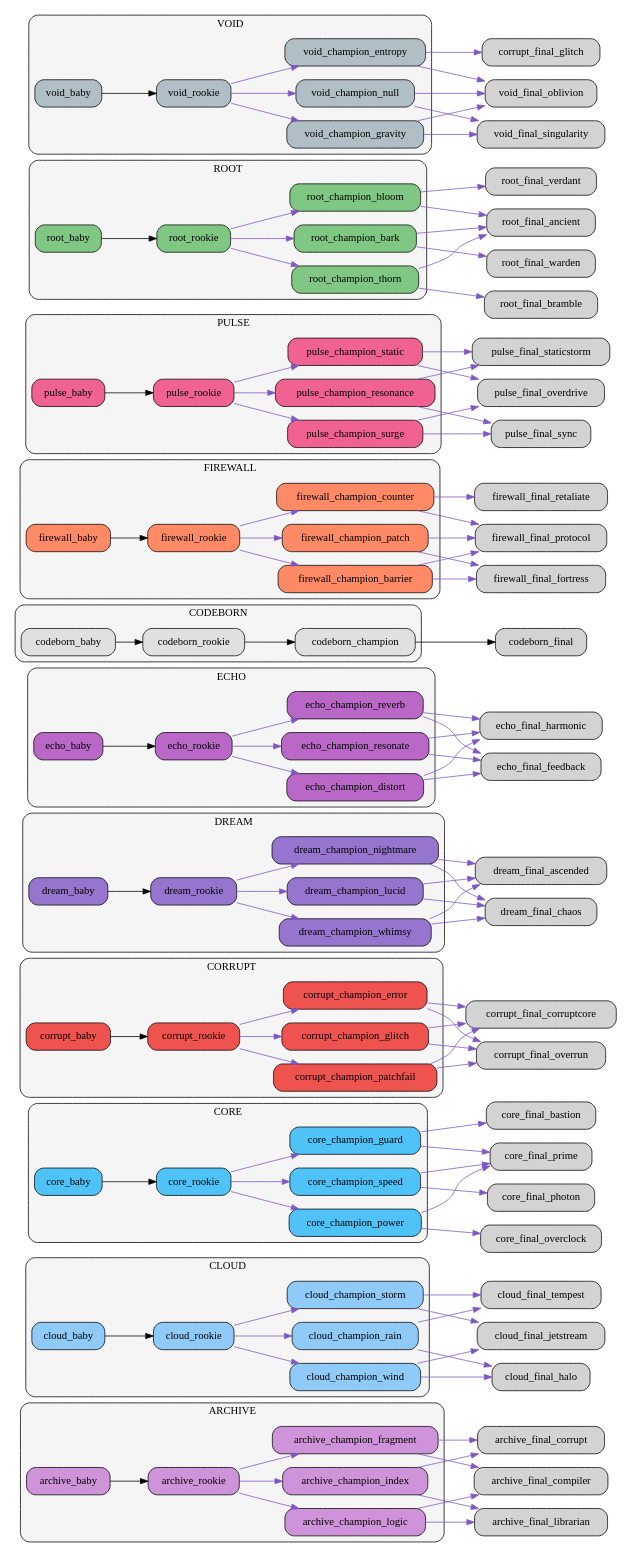
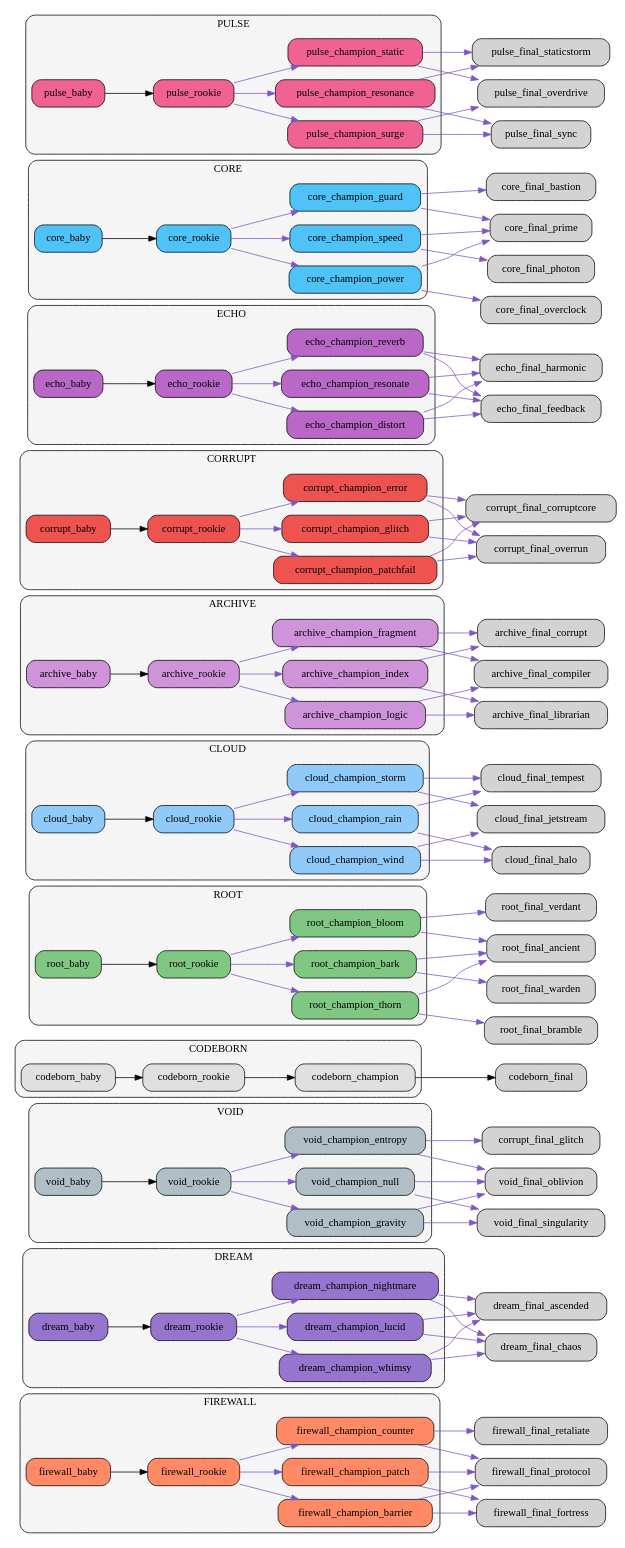
Before and after one commit to bwlight/NetGrid: the diagram in src/netgrid/core/systems/evolution/graphs/clusters/evolution_clusters.dot, drawn with Graphviz. The commit also changed other lines of this file and 30 other files, not shown here.

Commit message:
Auto-update evolution graphs

```diff
--- a/src/netgrid/core/systems/evolution/graphs/clusters/evolution_clusters.dot
+++ b/src/netgrid/core/systems/evolution/graphs/clusters/evolution_clusters.dot
@@ -1,14 +1,48 @@
 digraph EvolutionTree {
   rankdir=LR;
   node [shape=box, style="rounded,filled"];
-  subgraph cluster_archive {
-    label="ARCHIVE";
+  subgraph cluster_firewall {
+    label="FIREWALL";
     style="rounded,filled"; fillcolor="#f5f5f5";
-    "archive_baby" [fillcolor="#ce93d8"];
-    "archive_rookie" [fillcolor="#ce93d8"];
-    "archive_champion_logic" [fillcolor="#ce93d8"];
-    "archive_champion_index" [fillcolor="#ce93d8"];
-    "archive_champion_fragment" [fillcolor="#ce93d8"];
+    "firewall_baby" [fillcolor="#ff8a65"];
+    "firewall_rookie" [fillcolor="#ff8a65"];
+    "firewall_champion_barrier" [fillcolor="#ff8a65"];
+    "firewall_champion_counter" [fillcolor="#ff8a65"];
+    "firewall_champion_patch" [fillcolor="#ff8a65"];
+  }
+  subgraph cluster_dream {
+    label="DREAM";
+    style="rounded,filled"; fillcolor="#f5f5f5";
+    "dream_baby" [fillcolor="#9575cd"];
+    "dream_rookie" [fillcolor="#9575cd"];
+    "dream_champion_lucid" [fillcolor="#9575cd"];
+    "dream_champion_nightmare" [fillcolor="#9575cd"];
+    "dream_champion_whimsy" [fillcolor="#9575cd"];
+  }
+  subgraph cluster_void {
+    label="VOID";
+    style="rounded,filled"; fillcolor="#f5f5f5";
+    "void_baby" [fillcolor="#b0bec5"];
+    "void_rookie" [fillcolor="#b0bec5"];
+    "void_champion_entropy" [fillcolor="#b0bec5"];
+    "void_champion_gravity" [fillcolor="#b0bec5"];
+    "void_champion_null" [fillcolor="#b0bec5"];
+  }
+  subgraph cluster_codeborn {
+    label="CODEBORN";
+    style="rounded,filled"; fillcolor="#f5f5f5";
+    "codeborn_baby" [fillcolor="#e0e0e0"];
+    "codeborn_rookie" [fillcolor="#e0e0e0"];
+    "codeborn_champion" [fillcolor="#e0e0e0"];
+  }
+  subgraph cluster_root {
+    label="ROOT";
+    style="rounded,filled"; fillcolor="#f5f5f5";
+    "root_baby" [fillcolor="#81c784"];
+    "root_rookie" [fillcolor="#81c784"];
+    "root_champion_thorn" [fillcolor="#81c784"];
+    "root_champion_bloom" [fillcolor="#81c784"];
+    "root_champion_bark" [fillcolor="#81c784"];
   }
   subgraph cluster_cloud {
     label="CLOUD";
@@ -19,14 +53,14 @@
     "cloud_champion_rain" [fillcolor="#90caf9"];
     "cloud_champion_storm" [fillcolor="#90caf9"];
   }
-  subgraph cluster_core {
-    label="CORE";
+  subgraph cluster_archive {
+    label="ARCHIVE";
     style="rounded,filled"; fillcolor="#f5f5f5";
-    "core_baby" [fillcolor="#4fc3f7"];
-    "core_rookie" [fillcolor="#4fc3f7"];
-    "core_champion_power" [fillcolor="#4fc3f7"];
-    "core_champion_guard" [fillcolor="#4fc3f7"];
-    "core_champion_speed" [fillcolor="#4fc3f7"];
+    "archive_baby" [fillcolor="#ce93d8"];
+    "archive_rookie" [fillcolor="#ce93d8"];
+    "archive_champion_logic" [fillcolor="#ce93d8"];
+    "archive_champion_index" [fillcolor="#ce93d8"];
+    "archive_champion_fragment" [fillcolor="#ce93d8"];
   }
   subgraph cluster_corrupt {
     label="CORRUPT";
@@ -37,15 +71,6 @@
     "corrupt_champion_error" [fillcolor="#ef5350"];
     "corrupt_champion_patchfail" [fillcolor="#ef5350"];
   }
-  subgraph cluster_dream {
-    label="DREAM";
-    style="rounded,filled"; fillcolor="#f5f5f5";
-    "dream_baby" [fillcolor="#9575cd"];
-    "dream_rookie" [fillcolor="#9575cd"];
-    "dream_champion_lucid" [fillcolor="#9575cd"];
-    "dream_champion_nightmare" [fillcolor="#9575cd"];
-    "dream_champion_whimsy" [fillcolor="#9575cd"];
-  }
   subgraph cluster_echo {
     label="ECHO";
     style="rounded,filled"; fillcolor="#f5f5f5";
@@ -55,21 +80,14 @@
     "echo_champion_reverb" [fillcolor="#ba68c8"];
     "echo_champion_distort" [fillcolor="#ba68c8"];
   }
-  subgraph cluster_codeborn {
-    label="CODEBORN";
+  subgraph cluster_core {
+    label="CORE";
     style="rounded,filled"; fillcolor="#f5f5f5";
-    "codeborn_baby" [fillcolor="#e0e0e0"];
-    "codeborn_rookie" [fillcolor="#e0e0e0"];
-    "codeborn_champion" [fillcolor="#e0e0e0"];
-  }
-  subgraph cluster_firewall {
-    label="FIREWALL";
-    style="rounded,filled"; fillcolor="#f5f5f5";
-    "firewall_baby" [fillcolor="#ff8a65"];
-    "firewall_rookie" [fillcolor="#ff8a65"];
-    "firewall_champion_barrier" [fillcolor="#ff8a65"];
-    "firewall_champion_counter" [fillcolor="#ff8a65"];
-    "firewall_champion_patch" [fillcolor="#ff8a65"];
+    "core_baby" [fillcolor="#4fc3f7"];
+    "core_rookie" [fillcolor="#4fc3f7"];
+    "core_champion_power" [fillcolor="#4fc3f7"];
+    "core_champion_guard" [fillcolor="#4fc3f7"];
+    "core_champion_speed" [fillcolor="#4fc3f7"];
   }
   subgraph cluster_pulse {
     label="PULSE";
@@ -80,24 +98,59 @@
     "pulse_champion_resonance" [fillcolor="#f06292"];
     "pulse_champion_static" [fillcolor="#f06292"];
   }
-  subgraph cluster_root {
-    label="ROOT";
-    style="rounded,filled"; fillcolor="#f5f5f5";
-    "root_baby" [fillcolor="#81c784"];
-    "root_rookie" [fillcolor="#81c784"];
-    "root_champion_thorn" [fillcolor="#81c784"];
-    "root_champion_bloom" [fillcolor="#81c784"];
-    "root_champion_bark" [fillcolor="#81c784"];
-  }
-  subgraph cluster_void {
-    label="VOID";
-    style="rounded,filled"; fillcolor="#f5f5f5";
-    "void_baby" [fillcolor="#b0bec5"];
-    "void_rookie" [fillcolor="#b0bec5"];
-    "void_champion_entropy" [fillcolor="#b0bec5"];
-    "void_champion_gravity" [fillcolor="#b0bec5"];
-    "void_champion_null" [fillcolor="#b0bec5"];
-  }
+  "firewall_baby" -> "firewall_rookie";
+  "firewall_rookie" -> "firewall_champion_barrier" [color="#7e57c2"];
+  "firewall_rookie" -> "firewall_champion_counter" [color="#7e57c2"];
+  "firewall_rookie" -> "firewall_champion_patch" [color="#7e57c2"];
+  "firewall_champion_barrier" -> "firewall_final_fortress" [color="#7e57c2"];
+  "firewall_champion_barrier" -> "firewall_final_protocol" [color="#7e57c2"];
+  "firewall_champion_counter" -> "firewall_final_retaliate" [color="#7e57c2"];
+  "firewall_champion_counter" -> "firewall_final_protocol" [color="#7e57c2"];
+  "firewall_champion_patch" -> "firewall_final_protocol" [color="#7e57c2"];
+  "firewall_champion_patch" -> "firewall_final_fortress" [color="#7e57c2"];
+  "dream_baby" -> "dream_rookie";
+  "dream_rookie" -> "dream_champion_lucid" [color="#7e57c2"];
+  "dream_rookie" -> "dream_champion_nightmare" [color="#7e57c2"];
+  "dream_rookie" -> "dream_champion_whimsy" [color="#7e57c2"];
+  "dream_champion_lucid" -> "dream_final_ascended" [color="#7e57c2"];
+  "dream_champion_lucid" -> "dream_final_chaos" [color="#7e57c2"];
+  "dream_champion_nightmare" -> "dream_final_chaos" [color="#7e57c2"];
+  "dream_champion_nightmare" -> "dream_final_ascended" [color="#7e57c2"];
+  "dream_champion_whimsy" -> "dream_final_ascended" [color="#7e57c2"];
+  "dream_champion_whimsy" -> "dream_final_chaos" [color="#7e57c2"];
+  "void_baby" -> "void_rookie";
+  "void_rookie" -> "void_champion_entropy" [color="#7e57c2"];
+  "void_rookie" -> "void_champion_gravity" [color="#7e57c2"];
+  "void_rookie" -> "void_champion_null" [color="#7e57c2"];
+  "void_champion_entropy" -> "corrupt_final_glitch" [color="#7e57c2"];
+  "void_champion_entropy" -> "void_final_oblivion" [color="#7e57c2"];
+  "void_champion_gravity" -> "void_final_singularity" [color="#7e57c2"];
+  "void_champion_gravity" -> "void_final_oblivion" [color="#7e57c2"];
+  "void_champion_null" -> "void_final_oblivion" [color="#7e57c2"];
+  "void_champion_null" -> "void_final_singularity" [color="#7e57c2"];
+  "codeborn_baby" -> "codeborn_rookie";
+  "codeborn_rookie" -> "codeborn_champion";
+  "codeborn_champion" -> "codeborn_final";
+  "root_baby" -> "root_rookie";
+  "root_rookie" -> "root_champion_thorn" [color="#7e57c2"];
+  "root_rookie" -> "root_champion_bloom" [color="#7e57c2"];
+  "root_rookie" -> "root_champion_bark" [color="#7e57c2"];
+  "root_champion_thorn" -> "root_final_bramble" [color="#7e57c2"];
+  "root_champion_thorn" -> "root_final_ancient" [color="#7e57c2"];
+  "root_champion_bloom" -> "root_final_ancient" [color="#7e57c2"];
+  "root_champion_bloom" -> "root_final_verdant" [color="#7e57c2"];
+  "root_champion_bark" -> "root_final_warden" [color="#7e57c2"];
+  "root_champion_bark" -> "root_final_ancient" [color="#7e57c2"];
+  "cloud_baby" -> "cloud_rookie";
+  "cloud_rookie" -> "cloud_champion_wind" [color="#7e57c2"];
+  "cloud_rookie" -> "cloud_champion_rain" [color="#7e57c2"];
+  "cloud_rookie" -> "cloud_champion_storm" [color="#7e57c2"];
+  "cloud_champion_wind" -> "cloud_final_jetstream" [color="#7e57c2"];
+  "cloud_champion_wind" -> "cloud_final_halo" [color="#7e57c2"];
+  "cloud_champion_rain" -> "cloud_final_halo" [color="#7e57c2"];
+  "cloud_champion_rain" -> "cloud_final_tempest" [color="#7e57c2"];
+  "cloud_champion_storm" -> "cloud_final_tempest" [color="#7e57c2"];
+  "cloud_champion_storm" -> "cloud_final_jetstream" [color="#7e57c2"];
   "archive_baby" -> "archive_rookie";
   "archive_rookie" -> "archive_champion_logic" [color="#7e57c2"];
   "archive_rookie" -> "archive_champion_index" [color="#7e57c2"];
@@ -108,16 +161,26 @@
   "archive_champion_index" -> "archive_final_corrupt" [color="#7e57c2"];
   "archive_champion_fragment" -> "archive_final_corrupt" [color="#7e57c2"];
   "archive_champion_fragment" -> "archive_final_compiler" [color="#7e57c2"];
-  "cloud_baby" -> "cloud_rookie";
-  "cloud_rookie" -> "cloud_champion_wind" [color="#7e57c2"];
-  "cloud_rookie" -> "cloud_champion_rain" [color="#7e57c2"];
-  "cloud_rookie" -> "cloud_champion_storm" [color="#7e57c2"];
-  "cloud_champion_wind" -> "cloud_final_jetstream" [color="#7e57c2"];
-  "cloud_champion_wind" -> "cloud_final_halo" [color="#7e57c2"];
-  "cloud_champion_rain" -> "cloud_final_halo" [color="#7e57c2"];
-  "cloud_champion_rain" -> "cloud_final_tempest" [color="#7e57c2"];
-  "cloud_champion_storm" -> "cloud_final_tempest" [color="#7e57c2"];
-  "cloud_champion_storm" -> "cloud_final_jetstream" [color="#7e57c2"];
+  "corrupt_baby" -> "corrupt_rookie";
+  "corrupt_rookie" -> "corrupt_champion_glitch" [color="#7e57c2"];
+  "corrupt_rookie" -> "corrupt_champion_error" [color="#7e57c2"];
+  "corrupt_rookie" -> "corrupt_champion_patchfail" [color="#7e57c2"];
+  "corrupt_champion_glitch" -> "corrupt_final_corruptcore" [color="#7e57c2"];
+  "corrupt_champion_glitch" -> "corrupt_final_overrun" [color="#7e57c2"];
+  "corrupt_champion_error" -> "corrupt_final_overrun" [color="#7e57c2"];
+  "corrupt_champion_error" -> "corrupt_final_corruptcore" [color="#7e57c2"];
+  "corrupt_champion_patchfail" -> "corrupt_final_corruptcore" [color="#7e57c2"];
+  "corrupt_champion_patchfail" -> "corrupt_final_overrun" [color="#7e57c2"];
+  "echo_baby" -> "echo_rookie";
+  "echo_rookie" -> "echo_champion_resonate" [color="#7e57c2"];
+  "echo_rookie" -> "echo_champion_reverb" [color="#7e57c2"];
+  "echo_rookie" -> "echo_champion_distort" [color="#7e57c2"];
+  "echo_champion_resonate" -> "echo_final_harmonic" [color="#7e57c2"];
+  "echo_champion_resonate" -> "echo_final_feedback" [color="#7e57c2"];
+  "echo_champion_reverb" -> "echo_final_feedback" [color="#7e57c2"];
+  "echo_champion_reverb" -> "echo_final_harmonic" [color="#7e57c2"];
+  "echo_champion_distort" -> "echo_final_feedback" [color="#7e57c2"];
+  "echo_champion_distort" -> "echo_final_harmonic" [color="#7e57c2"];
   "core_baby" -> "core_rookie";
   "core_rookie" -> "core_champion_power" [color="#7e57c2"];
   "core_rookie" -> "core_champion_guard" [color="#7e57c2"];
@@ -128,49 +191,6 @@
   "core_champion_guard" -> "core_final_prime" [color="#7e57c2"];
   "core_champion_speed" -> "core_final_photon" [color="#7e57c2"];
   "core_champion_speed" -> "core_final_prime" [color="#7e57c2"];
-  "corrupt_baby" -> "corrupt_rookie";
-  "corrupt_rookie" -> "corrupt_champion_glitch" [color="#7e57c2"];
-  "corrupt_rookie" -> "corrupt_champion_error" [color="#7e57c2"];
-  "corrupt_rookie" -> "corrupt_champion_patchfail" [color="#7e57c2"];
-  "corrupt_champion_glitch" -> "corrupt_final_corruptcore" [color="#7e57c2"];
-  "corrupt_champion_glitch" -> "corrupt_final_overrun" [color="#7e57c2"];
-  "corrupt_champion_error" -> "corrupt_final_overrun" [color="#7e57c2"];
-  "corrupt_champion_error" -> "corrupt_final_corruptcore" [color="#7e57c2"];
-  "corrupt_champion_patchfail" -> "corrupt_final_corruptcore" [color="#7e57c2"];
-  "corrupt_champion_patchfail" -> "corrupt_final_overrun" [color="#7e57c2"];
-  "dream_baby" -> "dream_rookie";
-  "dream_rookie" -> "dream_champion_lucid" [color="#7e57c2"];
-  "dream_rookie" -> "dream_champion_nightmare" [color="#7e57c2"];
-  "dream_rookie" -> "dream_champion_whimsy" [color="#7e57c2"];
-  "dream_champion_lucid" -> "dream_final_ascended" [color="#7e57c2"];
-  "dream_champion_lucid" -> "dream_final_chaos" [color="#7e57c2"];
-  "dream_champion_nightmare" -> "dream_final_chaos" [color="#7e57c2"];
-  "dream_champion_nightmare" -> "dream_final_ascended" [color="#7e57c2"];
-  "dream_champion_whimsy" -> "dream_final_ascended" [color="#7e57c2"];
-  "dream_champion_whimsy" -> "dream_final_chaos" [color="#7e57c2"];
-  "echo_baby" -> "echo_rookie";
-  "echo_rookie" -> "echo_champion_resonate" [color="#7e57c2"];
-  "echo_rookie" -> "echo_champion_reverb" [color="#7e57c2"];
-  "echo_rookie" -> "echo_champion_distort" [color="#7e57c2"];
-  "echo_champion_resonate" -> "echo_final_harmonic" [color="#7e57c2"];
-  "echo_champion_resonate" -> "echo_final_feedback" [color="#7e57c2"];
-  "echo_champion_reverb" -> "echo_final_feedback" [color="#7e57c2"];
-  "echo_champion_reverb" -> "echo_final_harmonic" [color="#7e57c2"];
-  "echo_champion_distort" -> "echo_final_feedback" [color="#7e57c2"];
-  "echo_champion_distort" -> "echo_final_harmonic" [color="#7e57c2"];
-  "codeborn_baby" -> "codeborn_rookie";
-  "codeborn_rookie" -> "codeborn_champion";
-  "codeborn_champion" -> "codeborn_final";
-  "firewall_baby" -> "firewall_rookie";
-  "firewall_rookie" -> "firewall_champion_barrier" [color="#7e57c2"];
-  "firewall_rookie" -> "firewall_champion_counter" [color="#7e57c2"];
-  "firewall_rookie" -> "firewall_champion_patch" [color="#7e57c2"];
-  "firewall_champion_barrier" -> "firewall_final_fortress" [color="#7e57c2"];
-  "firewall_champion_barrier" -> "firewall_final_protocol" [color="#7e57c2"];
-  "firewall_champion_counter" -> "firewall_final_retaliate" [color="#7e57c2"];
-  "firewall_champion_counter" -> "firewall_final_protocol" [color="#7e57c2"];
-  "firewall_champion_patch" -> "firewall_final_protocol" [color="#7e57c2"];
-  "firewall_champion_patch" -> "firewall_final_fortress" [color="#7e57c2"];
   "pulse_baby" -> "pulse_rookie";
   "pulse_rookie" -> "pulse_champion_surge" [color="#7e57c2"];
   "pulse_rookie" -> "pulse_champion_resonance" [color="#7e57c2"];
@@ -181,24 +201,4 @@
   "pulse_champion_resonance" -> "pulse_final_staticstorm" [color="#7e57c2"];
   "pulse_champion_static" -> "pulse_final_staticstorm" [color="#7e57c2"];
   "pulse_champion_static" -> "pulse_final_overdrive" [color="#7e57c2"];
-  "root_baby" -> "root_rookie";
-  "root_rookie" -> "root_champion_thorn" [color="#7e57c2"];
-  "root_rookie" -> "root_champion_bloom" [color="#7e57c2"];
-  "root_rookie" -> "root_champion_bark" [color="#7e57c2"];
-  "root_champion_thorn" -> "root_final_bramble" [color="#7e57c2"];
-  "root_champion_thorn" -> "root_final_ancient" [color="#7e57c2"];
-  "root_champion_bloom" -> "root_final_ancient" [color="#7e57c2"];
-  "root_champion_bloom" -> "root_final_verdant" [color="#7e57c2"];
-  "root_champion_bark" -> "root_final_warden" [color="#7e57c2"];
-  "root_champion_bark" -> "root_final_ancient" [color="#7e57c2"];
-  "void_baby" -> "void_rookie";
-  "void_rookie" -> "void_champion_entropy" [color="#7e57c2"];
-  "void_rookie" -> "void_champion_gravity" [color="#7e57c2"];
-  "void_rookie" -> "void_champion_null" [color="#7e57c2"];
-  "void_champion_entropy" -> "corrupt_final_glitch" [color="#7e57c2"];
-  "void_champion_entropy" -> "void_final_oblivion" [color="#7e57c2"];
-  "void_champion_gravity" -> "void_final_singularity" [color="#7e57c2"];
-  "void_champion_gravity" -> "void_final_oblivion" [color="#7e57c2"];
-  "void_champion_null" -> "void_final_oblivion" [color="#7e57c2"];
-  "void_champion_null" -> "void_final_singularity" [color="#7e57c2"];
 }
```
